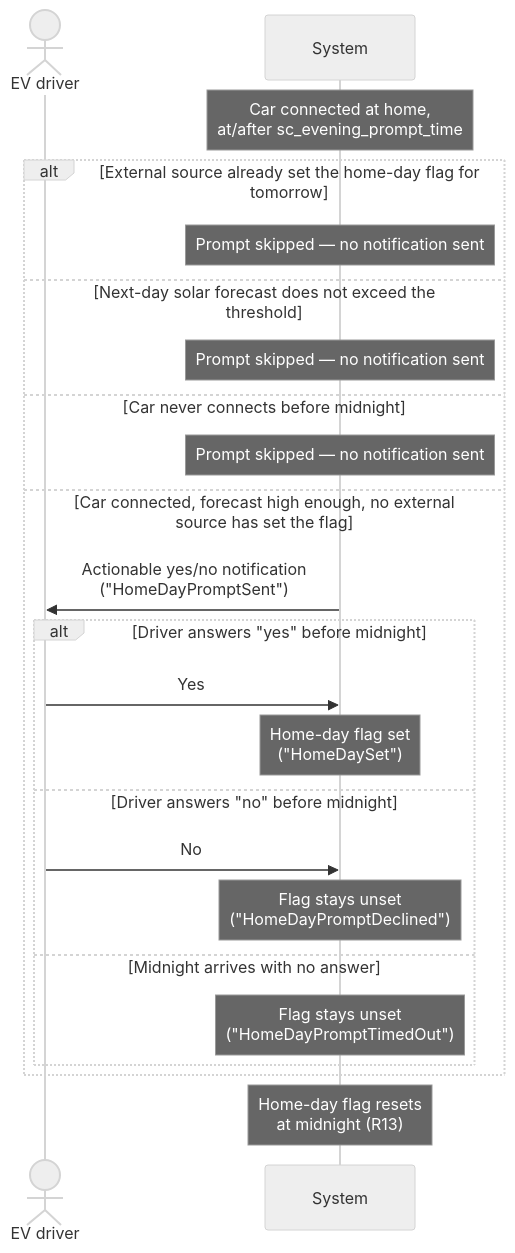
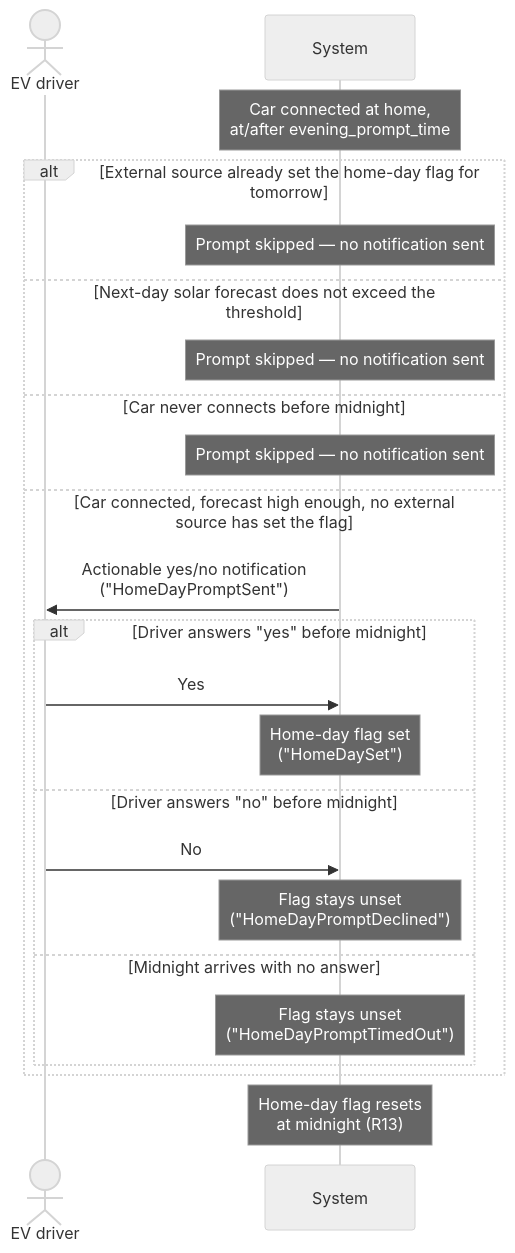
Before and after one commit to kristofdegrave/homeassistant-smart-charging: the diagram in docs/analysis/use-cases/UC08-plan-tomorrow-home-day.md, drawn with Mermaid (neutral theme). The commit also changed other lines of this file and 8 other files, not shown here.

````diff
--- a/docs/analysis/use-cases/UC08-plan-tomorrow-home-day.md
+++ b/docs/analysis/use-cases/UC08-plan-tomorrow-home-day.md
@@ -86,25 +86,25 @@
 ```mermaid
 sequenceDiagram
     actor Driver as EV driver
     participant System
-    Note over System: Car connected at home,<br/>at/after sc_evening_prompt_time
+    Note over System: Car connected at home,<br/>at/after evening_prompt_time
     alt External source already set the home-day flag for tomorrow
         Note over System: Prompt skipped — no notification sent
     else Next-day solar forecast does not exceed the threshold
         Note over System: Prompt skipped — no notification sent
     else Car never connects before midnight
         Note over System: Prompt skipped — no notification sent
     else Car connected, forecast high enough, no external source has set the flag
         System->>Driver: Actionable yes/no notification<br/>("HomeDayPromptSent")
         alt Driver answers "yes" before midnight
             Driver->>System: Yes
             Note over System: Home-day flag set<br/>("HomeDaySet")
         else Driver answers "no" before midnight
             Driver->>System: No
             Note over System: Flag stays unset<br/>("HomeDayPromptDeclined")
         else Midnight arrives with no answer
             Note over System: Flag stays unset<br/>("HomeDayPromptTimedOut")
         end
     end
     Note over System: Home-day flag resets<br/>at midnight (R13)
 ```
````
